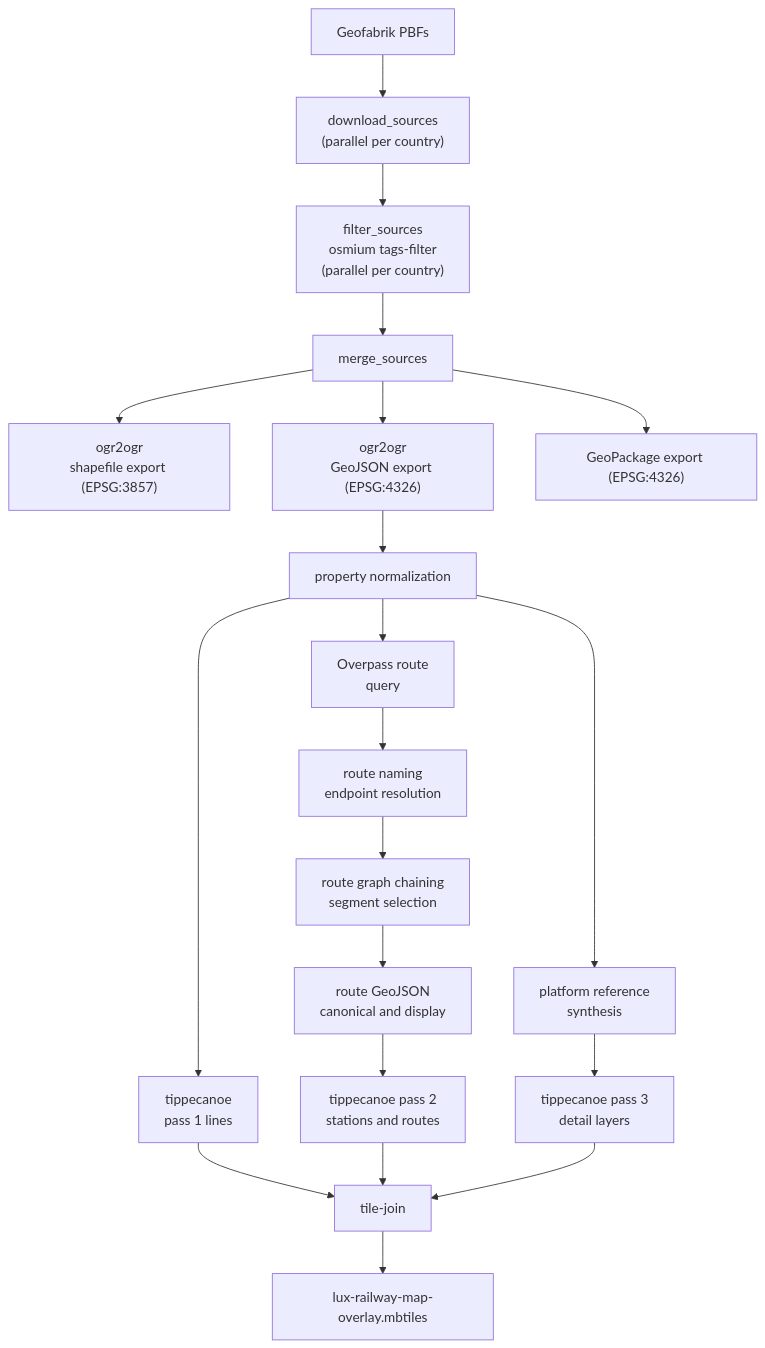
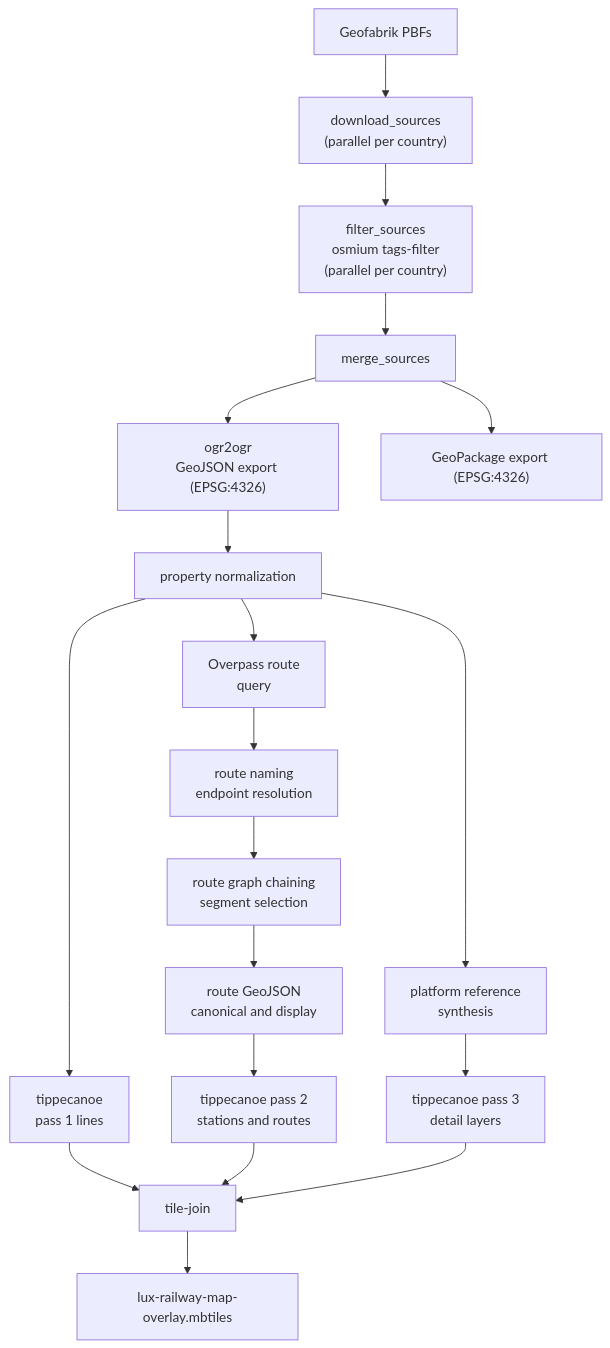
One commit to Spillgebees/lux-railway-map-overlay changed the first of 2 diagrams in docs/developer-pipeline.md. Above: the diagram before and after it, drawn with Mermaid. The commit also changed other lines of this file and 18 other files, not shown here.

````diff
--- a/docs/developer-pipeline.md
+++ b/docs/developer-pipeline.md
@@ -60,22 +60,21 @@
 ```mermaid
 flowchart TD
     A[Geofabrik PBFs] --> B["download_sources<br/>(parallel per country)"]
     B --> C["filter_sources<br/>osmium tags-filter<br/>(parallel per country)"]
     C --> D[merge_sources]
-    D --> E["ogr2ogr<br/>shapefile export (EPSG:3857)"]
     D --> F["ogr2ogr<br/>GeoJSON export (EPSG:4326)"]
     F --> F2[property normalization]
     F2 --> G[platform reference<br/>synthesis]
     F2 --> H[Overpass route<br/>query]
     H --> I[route naming<br/>endpoint resolution]
     I --> J[route graph chaining<br/>segment selection]
     J --> K[route GeoJSON<br/>canonical and display]
     F2 --> L[tippecanoe<br/>pass 1 lines]
     K --> M[tippecanoe pass 2<br/>stations and routes]
     G --> N[tippecanoe pass 3<br/>detail layers]
     L --> O[tile-join]
     M --> O
     N --> O
     O --> P[lux-railway-map-overlay.mbtiles]
     D --> Q["GeoPackage export (EPSG:4326)"]
 ```
````
